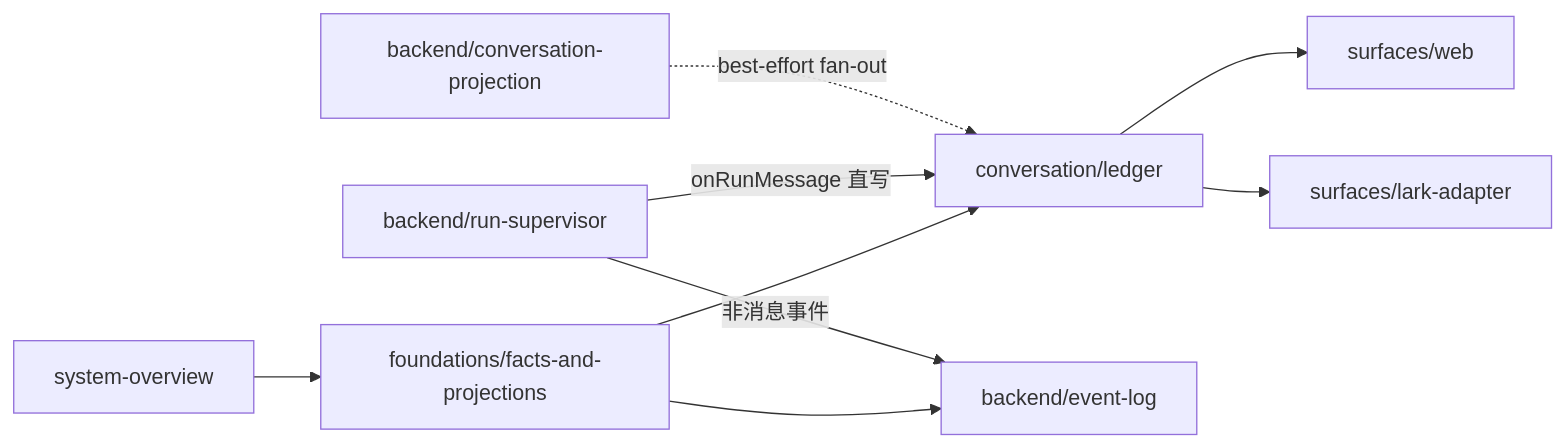
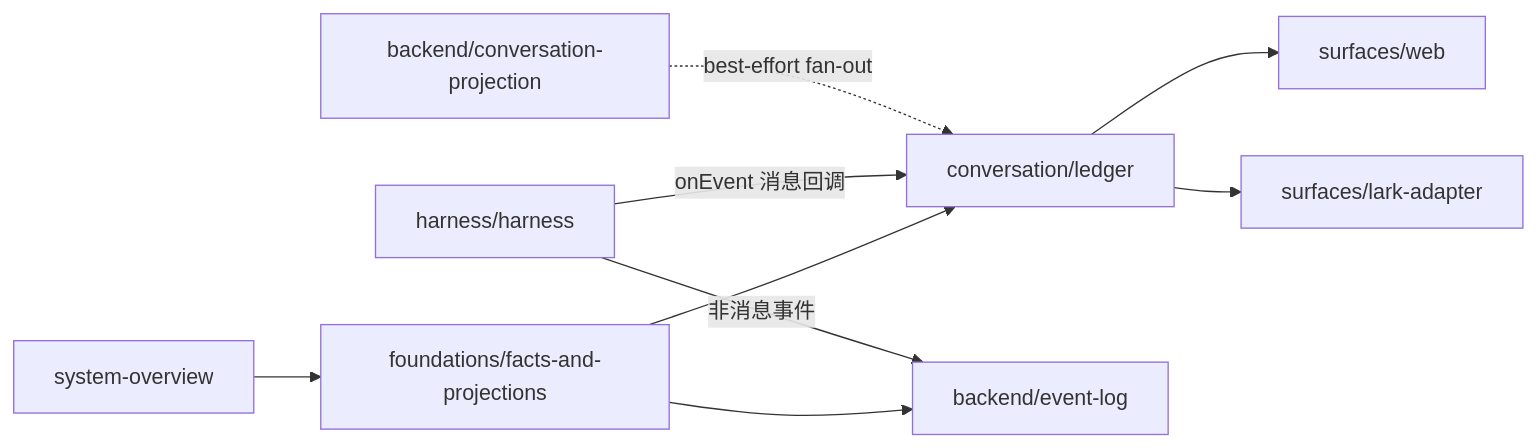
One commit to Chengchcc/my-agent-team changed the first of 3 diagrams in docs/architecture/map.md. Above: the diagram before and after it, drawn with Mermaid. The commit also changed other lines of this file and 41 other files, not shown here.

````diff
--- a/docs/architecture/map.md
+++ b/docs/architecture/map.md
@@ -7,11 +7,11 @@
 ```mermaid
 flowchart LR
   SO[system-overview] --> FP[foundations/facts-and-projections]
   FP --> Ledger[conversation/ledger]
   FP --> EL[backend/event-log]
-  RS[backend/run-supervisor] -->|onRunMessage 直写| Ledger
-  RS -->|非消息事件| EL
+  AS[harness/harness] -->|onEvent 消息回调| Ledger
+  AS -->|非消息事件| EL
   CP[backend/conversation-projection] -.best-effort fan-out.-> Ledger
   Ledger --> Web[surfaces/web]
   Ledger --> Lark[surfaces/lark-adapter]
 ```
````
